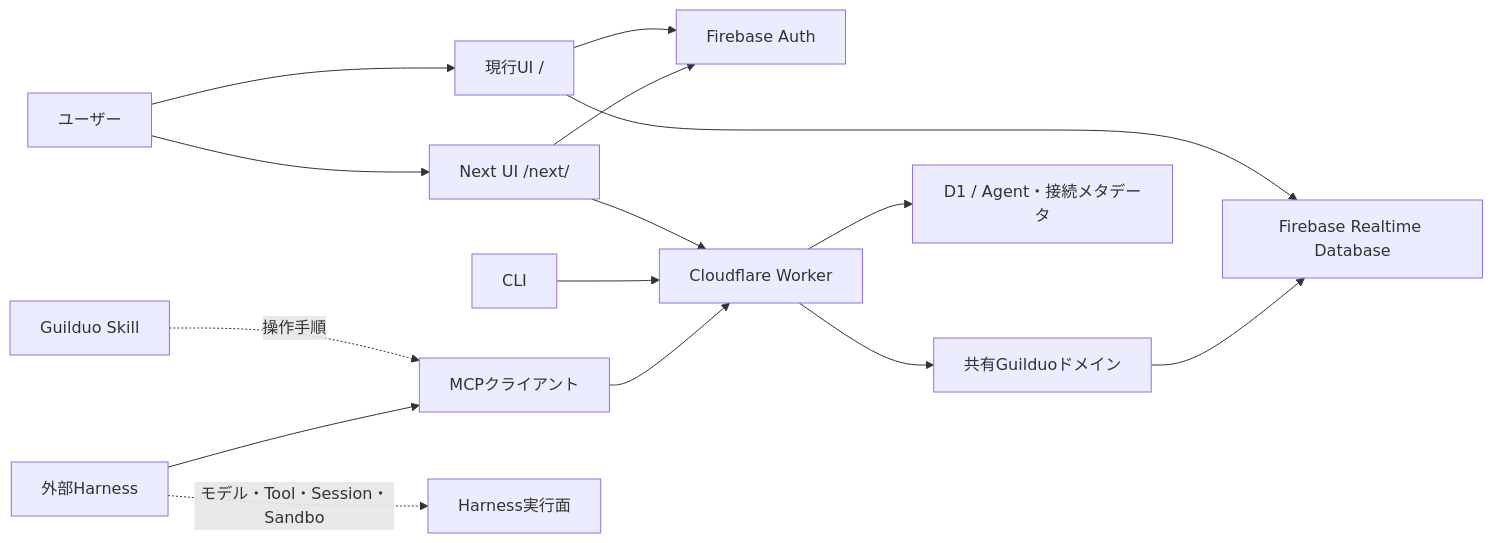
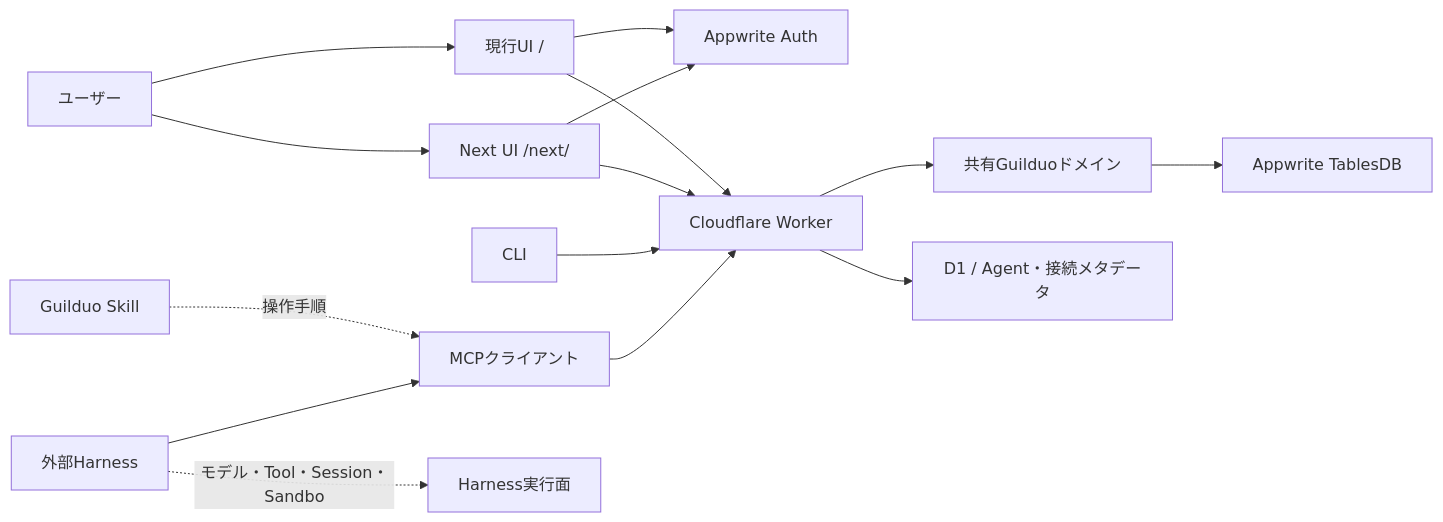
Before and after one commit to ELRdn/Guilduo: the diagram in PROJECT_SPEC.md, drawn with Mermaid. The commit also changed other lines of this file and 77 other files, not shown here.

````diff
--- a/PROJECT_SPEC.md
+++ b/PROJECT_SPEC.md
@@ -72,17 +73,17 @@
 ```mermaid
 flowchart LR
   User[ユーザー] --> Root[現行UI /]
   User --> Next[Next UI /next/]
-  Root --> Auth[Firebase Auth]
-  Root --> RTDB[Firebase Realtime Database]
+  Root --> Auth[Appwrite Auth]
+  Root --> Worker[Cloudflare Worker]
   Next --> Auth
-  Next --> Worker[Cloudflare Worker]
+  Next --> Worker
   CLI[CLI] --> Worker
   MCP[MCPクライアント] --> Worker
     Skill[Guilduo Skill] -.操作手順.-> MCP
     Worker --> Domain[共有Guilduoドメイン]
-  Domain --> RTDB
+  Domain --> TablesDB[Appwrite TablesDB]
   Worker --> D1[D1 / Agent・接続メタデータ]
   Harness[外部Harness] --> MCP
   Harness -.モデル・Tool・Session・Sandbox.-> HarnessRuntime[Harness実行面]
 ```
````
